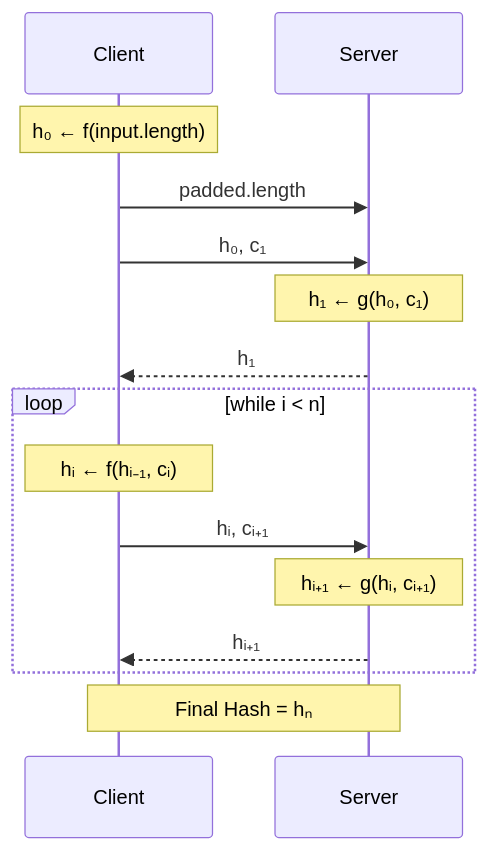
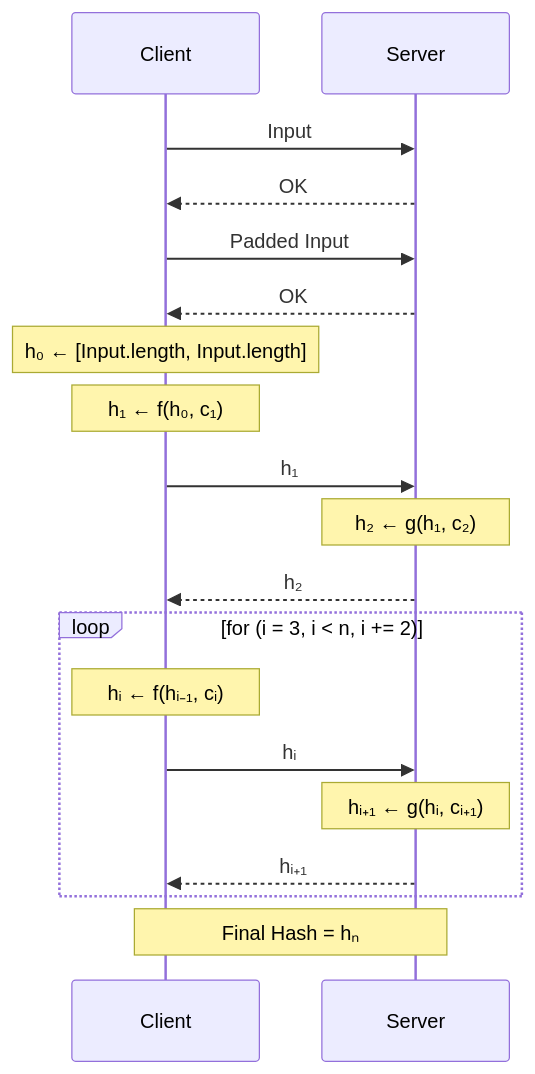
Before and after one commit to PeanutButterRat/cryptoserve: the first of 2 diagrams in docs/source/exercises/simple_hash.rst, drawn with Mermaid. The commit also changed other lines of this file and 9 other files, not shown here.

```diff
--- a/docs/source/exercises/simple_hash.rst
+++ b/docs/source/exercises/simple_hash.rst
@@ -89,20 +88,28 @@
 .. mermaid::
 
    sequenceDiagram
       participant Client
       participant Server
 
-      Note over Client: h₀ ← f(input.length)
-      Client->>Server: padded.length
-      Client->>Server: h₀, c₁
-      Note over Server: h₁ ← g(h₀, c₁)
-      Server-->>Client: h₁
+      Client->>Server: Input
+      Server-->>Client: OK
 
-      loop while i < n
+      Client->>Server: Padded Input
+      Server-->>Client: OK
+
+      Note over Client: h₀ ← [Input.length, Input.length]
+      Note over Client: h₁ ← f(h₀, c₁)
+      Client->>Server: h₁
+
+      Note over Server: h₂ ← g(h₁, c₂)
+      Server-->>Client: h₂
+
+      loop for (i = 3, i < n, i += 2)
          Note over Client: hᵢ ← f(hᵢ₋₁, cᵢ)
-         Client->>Server: hᵢ, cᵢ₊₁
+         Client->>Server: hᵢ
+
          Note over Server: hᵢ₊₁ ← g(hᵢ, cᵢ₊₁)
          Server-->>Client: hᵢ₊₁
       end
 
       Note over Client, Server: Final Hash = hₙ
```
